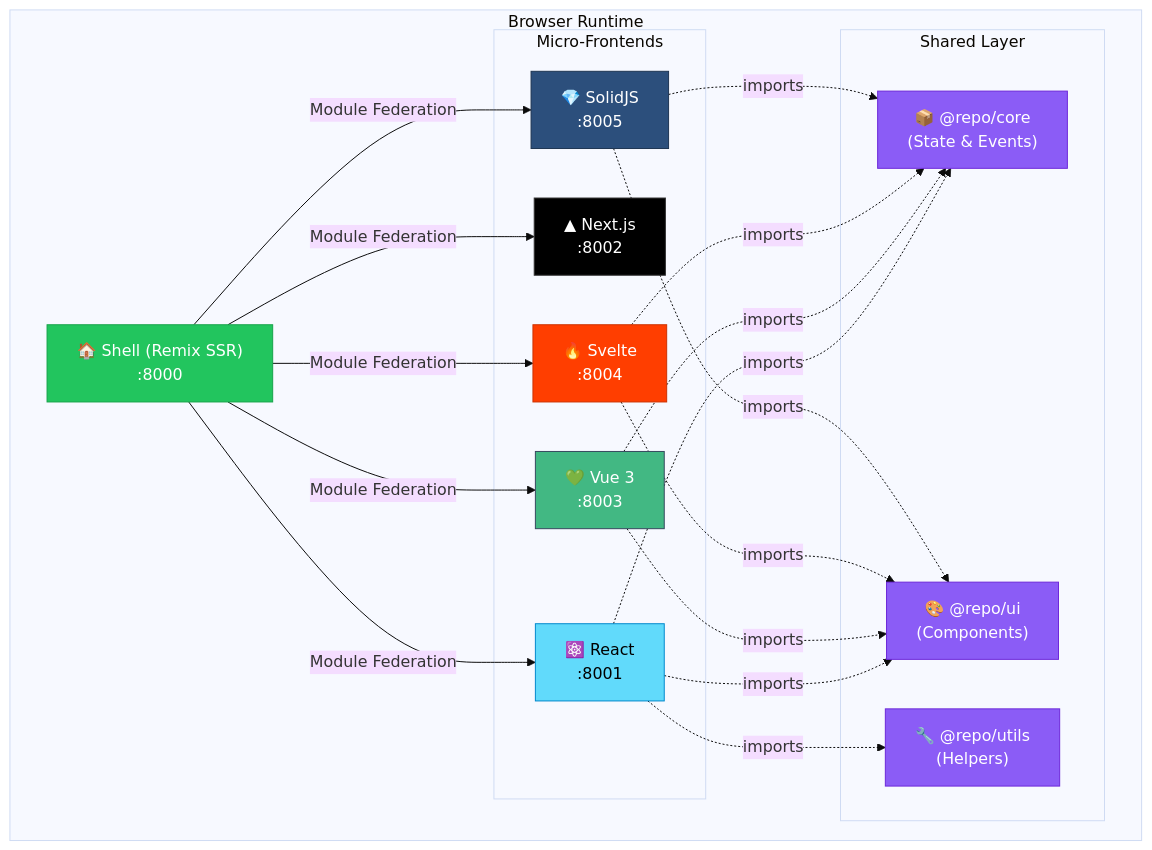
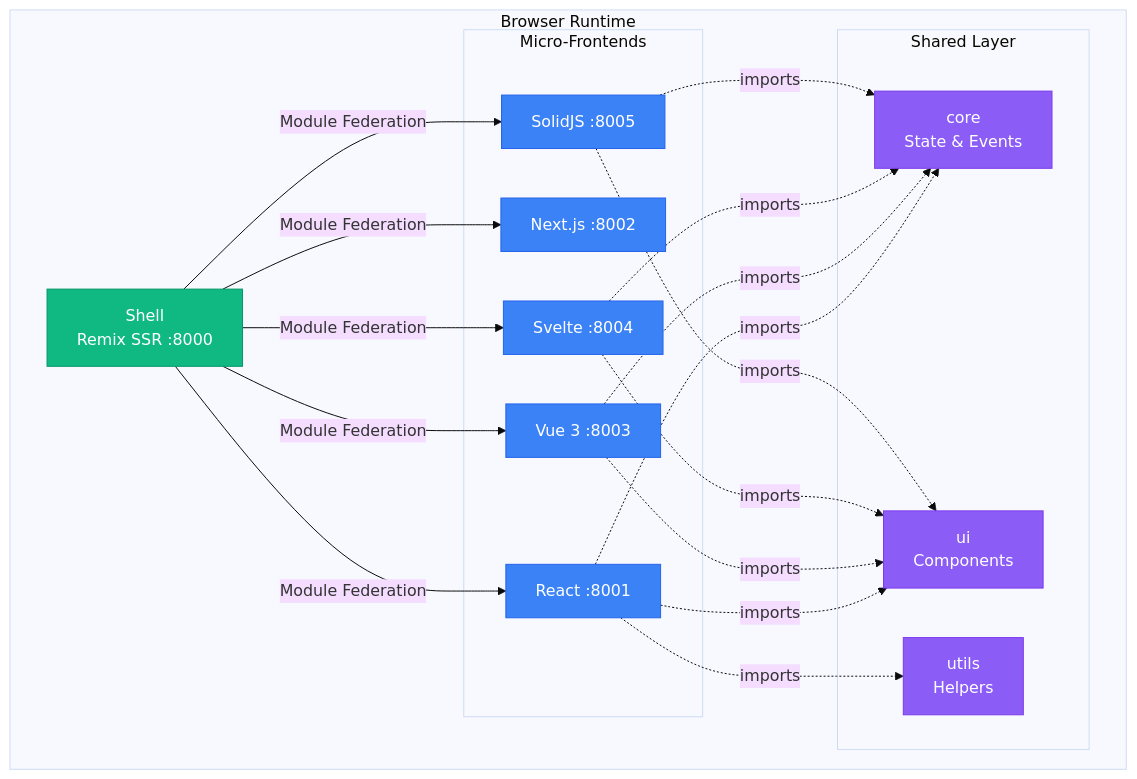
Before and after one commit to tian972k/micro-fontend-base: the first of 5 diagrams in README.md, drawn with Mermaid (base theme). The commit also changed other lines of this file and 3 other files, not shown here.

First line of the commit message:
docs: add Mermaid diagram style guide with standard color palette

````diff
--- a/README.md
+++ b/README.md
@@ -14,45 +14,41 @@
 ```mermaid
 graph TB
-    subgraph "Browser Runtime"
-        Shell["🏠 Shell (Remix SSR)<br/>:8000"]:::shell
+    subgraph Runtime ["Browser Runtime"]
+        Shell["Shell<br/>Remix SSR :8000"]:::shell
 
         subgraph MFEs ["Micro-Frontends"]
-            React["⚛️ React<br/>:8001"]:::react
-            Next["▲ Next.js<br/>:8002"]:::next
-            Vue["💚 Vue 3<br/>:8003"]:::vue
-            Svelte["🔥 Svelte<br/>:8004"]:::svelte
-            Solid["💎 SolidJS<br/>:8005"]:::solid
+            React["React :8001"]:::mfe
+            Next["Next.js :8002"]:::mfe
+            Vue["Vue 3 :8003"]:::mfe
+            Svelte["Svelte :8004"]:::mfe
+            Solid["SolidJS :8005"]:::mfe
         end
 
         subgraph Shared ["Shared Layer"]
-            Core["📦 @repo/core<br/>(State & Events)"]:::pkg
-            UI["🎨 @repo/ui<br/>(Components)"]:::pkg
-            Utils["🔧 @repo/utils<br/>(Helpers)"]:::pkg
+            Core["core<br/>State & Events"]:::pkg
+            UI["ui<br/>Components"]:::pkg
+            Utils["utils<br/>Helpers"]:::pkg
         end
     end
 
     Shell -->|"Module Federation"| React
     Shell -->|"Module Federation"| Next
     Shell -->|"Module Federation"| Vue
     Shell -->|"Module Federation"| Svelte
     Shell -->|"Module Federation"| Solid
 
     React -.->|"imports"| Core
     React -.->|"imports"| UI
     React -.->|"imports"| Utils
 
     Vue -.->|"imports"| Core
     Vue -.->|"imports"| UI
     Svelte -.->|"imports"| Core
     Svelte -.->|"imports"| UI
     Solid -.->|"imports"| Core
     Solid -.->|"imports"| UI
 
-    classDef shell fill:#22c55e,stroke:#16a34a,color:#fff
-    classDef react fill:#61dafb,stroke:#0088cc,color:#000
-    classDef next fill:#000,stroke:#333,color:#fff
-    classDef vue fill:#42b883,stroke:#35495e,color:#fff
-    classDef svelte fill:#ff3e00,stroke:#cc3200,color:#fff
-    classDef solid fill:#2c4f7c,stroke:#1e3552,color:#fff
-    classDef pkg fill:#8b5cf6,stroke:#6d28d9,color:#fff
+    classDef shell fill:#10b981,stroke:#059669,color:#fff
+    classDef mfe fill:#3b82f6,stroke:#2563eb,color:#fff
+    classDef pkg fill:#8b5cf6,stroke:#7c3aed,color:#fff
 ```
````
